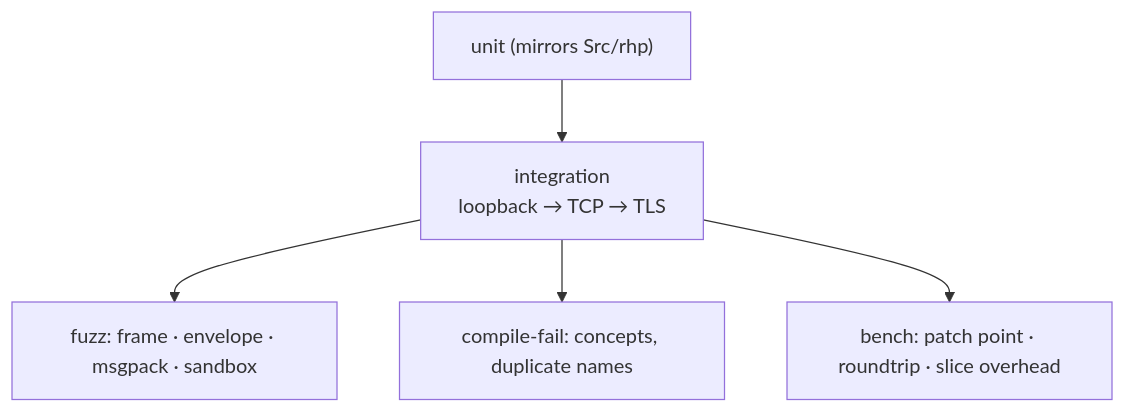
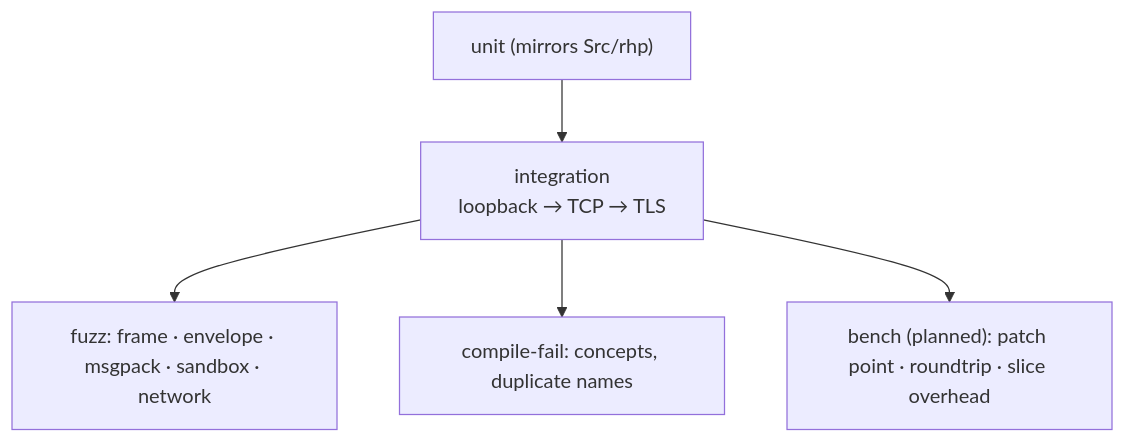
Diagram 13 of 14 in Docs/ARCHITECTURE.md (tonytranrp/RHP), drawn with Mermaid before and after one commit. The commit also changed other lines of this file and 50 other files, not shown here.

````diff
--- a/Docs/ARCHITECTURE.md
+++ b/Docs/ARCHITECTURE.md
@@ -902,7 +906,7 @@
 ```mermaid
 flowchart TB
     U["unit (mirrors Src/rhp)"] --> I["integration<br/>loopback → TCP → TLS"]
-    I --> F["fuzz: frame · envelope · msgpack · sandbox"]
+    I --> F["fuzz: frame · envelope · msgpack · sandbox · network"]
     I --> CF["compile-fail: concepts, duplicate names"]
-    I --> B["bench: patch point · roundtrip · slice overhead"]
+    I --> B["bench (planned): patch point · roundtrip · slice overhead"]
 ```
````
